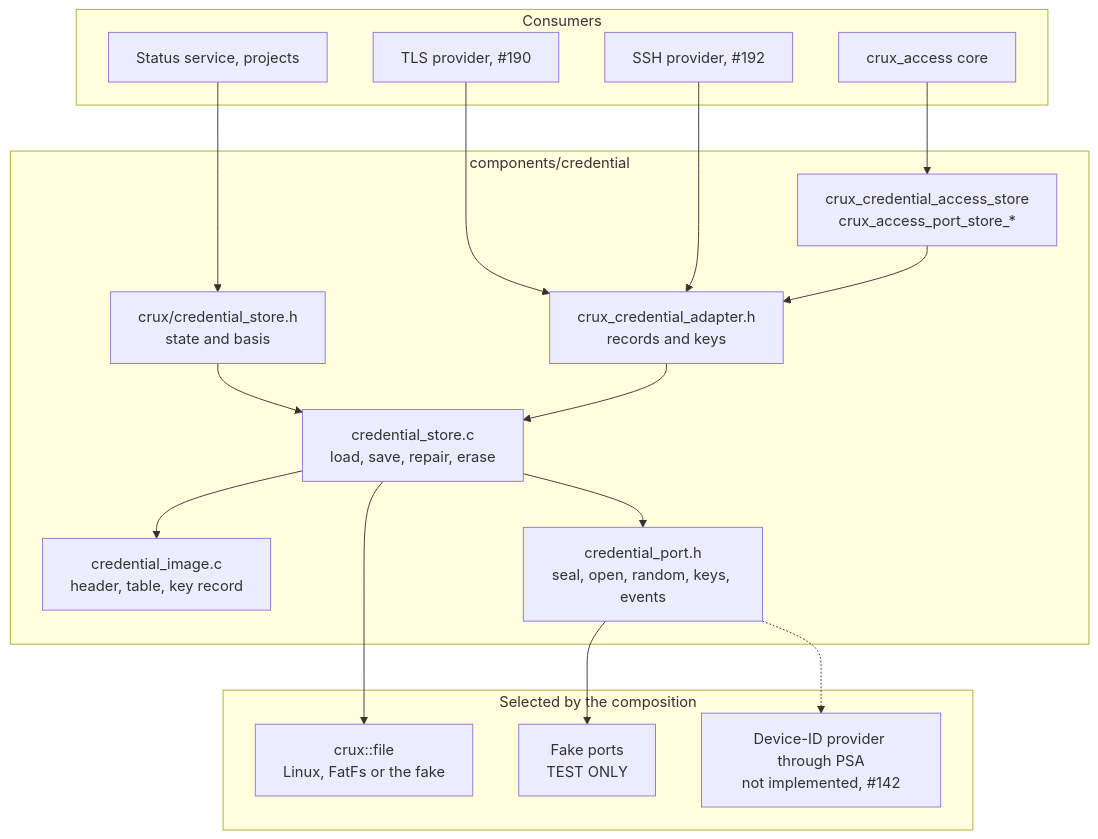
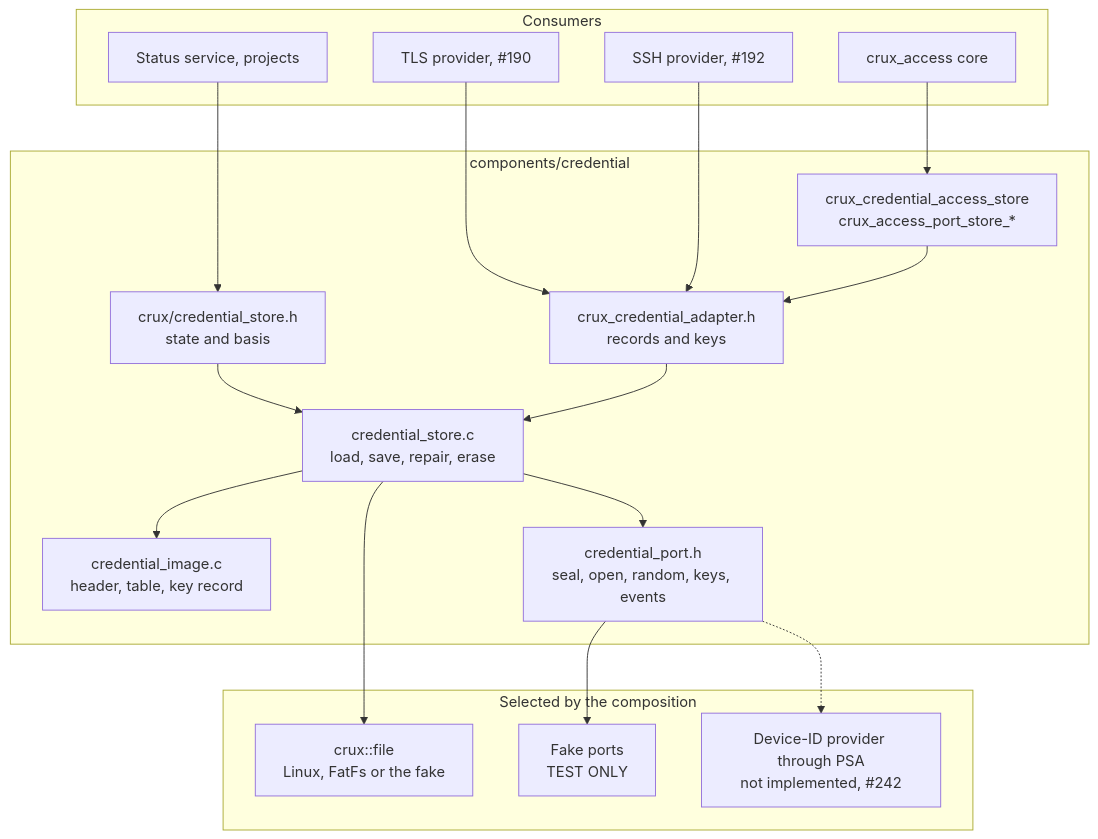
Before and after one commit to wonny-labs/crux-pilot: the first of 3 diagrams in docs/credential-store.md, drawn with Mermaid. The commit also changed other lines of this file and 5 other files, not shown here.

````diff
--- a/docs/credential-store.md
+++ b/docs/credential-store.md
@@ -34,34 +34,34 @@
 ```mermaid
 flowchart TB
     subgraph consumers["Consumers"]
         status["Status service, projects"]
         access["crux_access core"]
         tls["TLS provider, #190"]
         ssh["SSH provider, #192"]
     end
     subgraph component["components/credential"]
         public["crux/credential_store.h<br/>state and basis"]
         adapter["crux_credential_adapter.h<br/>records and keys"]
         bridge["crux_credential_access_store<br/>crux_access_port_store_*"]
         core["credential_store.c<br/>load, save, repair, erase"]
         image["credential_image.c<br/>header, table, key record"]
         port["credential_port.h<br/>seal, open, random, keys, events"]
     end
     subgraph below["Selected by the composition"]
         file["crux::file<br/>Linux, FatFs or the fake"]
         fake["Fake ports<br/>TEST ONLY"]
-        psa["Device-ID provider through PSA<br/>not implemented, #142"]
+        psa["Device-ID provider through PSA<br/>not implemented, #242"]
     end
     status --> public
     tls --> adapter
     ssh --> adapter
     access --> bridge
     bridge --> adapter
     public --> core
     adapter --> core
     core --> image
     core --> port
     core --> file
     port --> fake
     port -.-> psa
 ```
````
